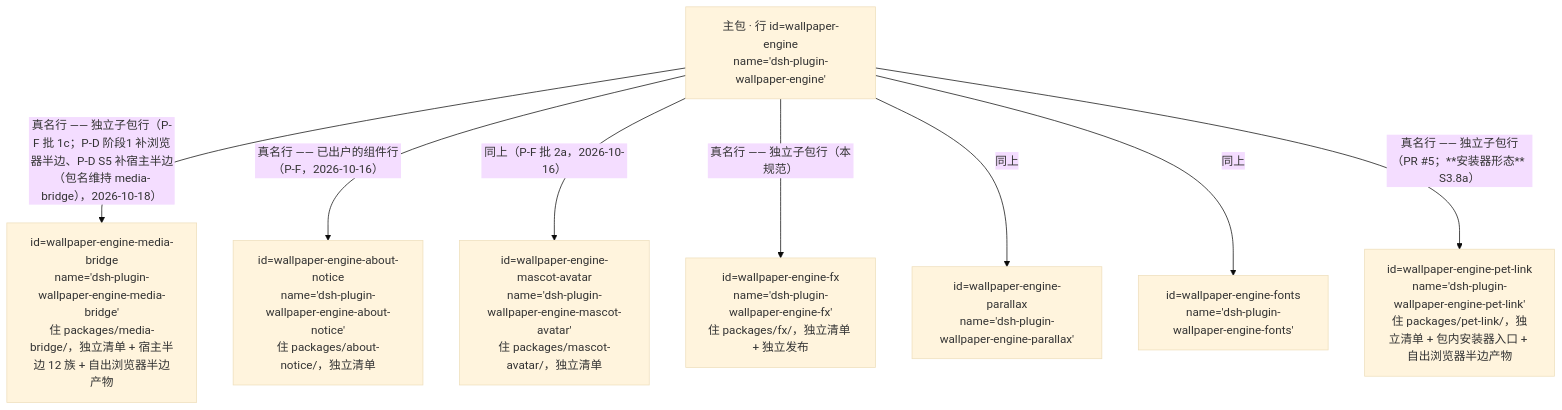
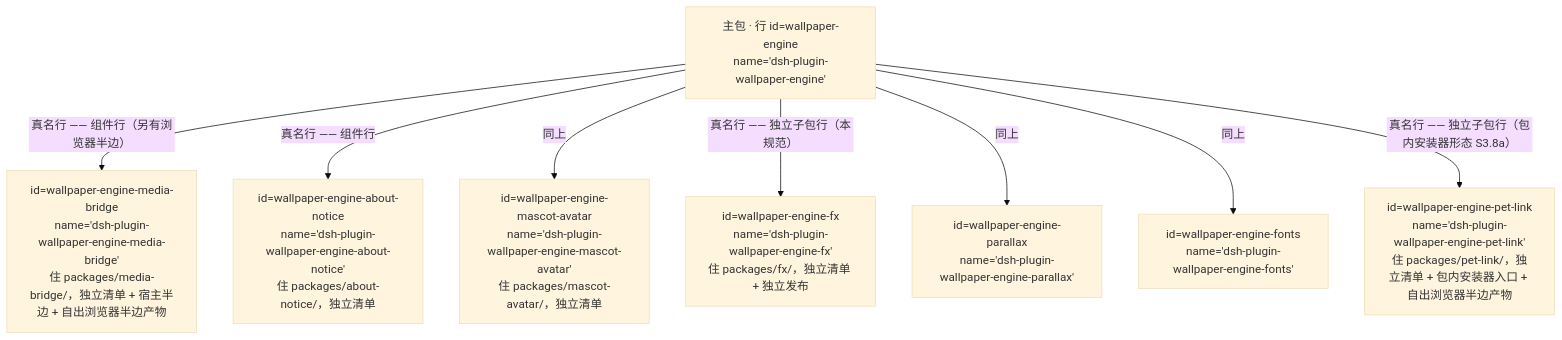
Before and after one commit to CREAMSOU/dsh-wallpaper-engine: the first of 3 diagrams in docs/SUBPACKAGE-GRAPH.md, drawn with Mermaid (base theme). The commit also changed other lines of this file and 38 other files, not shown here.

````diff
--- a/docs/SUBPACKAGE-GRAPH.md
+++ b/docs/SUBPACKAGE-GRAPH.md
@@ -27,11 +27,11 @@
 ```mermaid
 graph TD
   MAIN["主包 · 行 id=wallpaper-engine<br/>name='dsh-plugin-wallpaper-engine'"]
-  MAIN -->|"真名行 —— 独立子包行（P-F 批 1c；P-D 阶段1 补浏览器半边、P-D S5 补宿主半边（包名维持 media-bridge），2026-10-18）"| C3["id=wallpaper-engine-media-bridge<br/>name='dsh-plugin-wallpaper-engine-media-bridge'<br/>住 packages/media-bridge/，独立清单 + 宿主半边 12 族 + 自出浏览器半边产物"]
-  MAIN -->|"真名行 —— 已出户的组件行（P-F，2026-10-16）"| C1["id=wallpaper-engine-about-notice<br/>name='dsh-plugin-wallpaper-engine-about-notice'<br/>住 packages/about-notice/，独立清单"]
-  MAIN -->|"同上（P-F 批 2a，2026-10-16）"| C2["id=wallpaper-engine-mascot-avatar<br/>name='dsh-plugin-wallpaper-engine-mascot-avatar'<br/>住 packages/mascot-avatar/，独立清单"]
+  MAIN -->|"真名行 —— 组件行（另有浏览器半边）"| C3["id=wallpaper-engine-media-bridge<br/>name='dsh-plugin-wallpaper-engine-media-bridge'<br/>住 packages/media-bridge/，独立清单 + 宿主半边 + 自出浏览器半边产物"]
+  MAIN -->|"真名行 —— 组件行"| C1["id=wallpaper-engine-about-notice<br/>name='dsh-plugin-wallpaper-engine-about-notice'<br/>住 packages/about-notice/，独立清单"]
+  MAIN -->|"同上"| C2["id=wallpaper-engine-mascot-avatar<br/>name='dsh-plugin-wallpaper-engine-mascot-avatar'<br/>住 packages/mascot-avatar/，独立清单"]
   MAIN -->|"真名行 —— 独立子包行（本规范）"| S1["id=wallpaper-engine-fx<br/>name='dsh-plugin-wallpaper-engine-fx'<br/>住 packages/fx/，独立清单 + 独立发布"]
   MAIN -->|"同上"| S2["id=wallpaper-engine-parallax<br/>name='dsh-plugin-wallpaper-engine-parallax'"]
   MAIN -->|"同上"| S3["id=wallpaper-engine-fonts<br/>name='dsh-plugin-wallpaper-engine-fonts'"]
-  MAIN -->|"真名行 —— 独立子包行（PR #5；**安装器形态** S3.8a）"| S4["id=wallpaper-engine-pet-link<br/>name='dsh-plugin-wallpaper-engine-pet-link'<br/>住 packages/pet-link/，独立清单 + 包内安装器入口 + 自出浏览器半边产物"]
+  MAIN -->|"真名行 —— 独立子包行（包内安装器形态 S3.8a）"| S4["id=wallpaper-engine-pet-link<br/>name='dsh-plugin-wallpaper-engine-pet-link'<br/>住 packages/pet-link/，独立清单 + 包内安装器入口 + 自出浏览器半边产物"]
 ```
````
